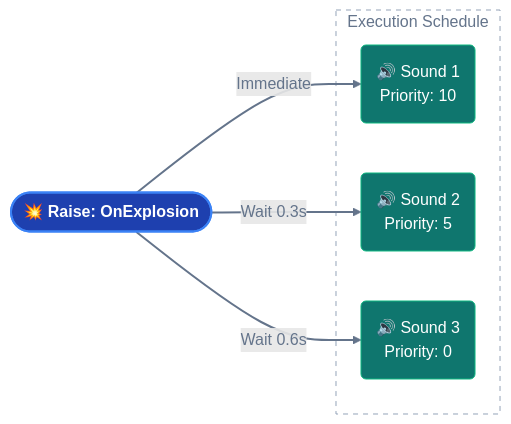
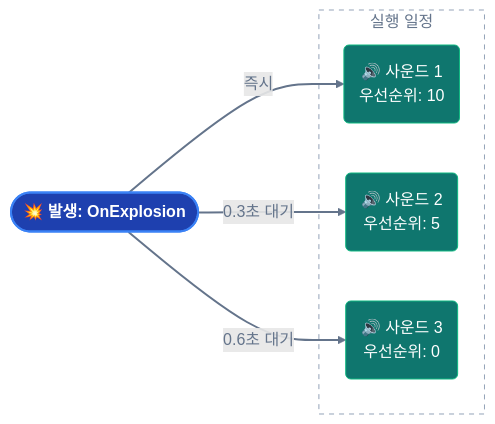
The fifth of 6 diagrams in i18n/ko/docusaurus-plugin-content-docs/current/game-event-system/flow-graph/game-event-node-behavior.md (tinygiants-tech/TinyGiants), drawn with Mermaid before and after one commit. The commit also changed other lines of this file and 81 other files, not shown here.

````diff
--- a/i18n/ko/docusaurus-plugin-content-docs/current/game-event-system/flow-graph/game-event-node-behavior.md
+++ b/i18n/ko/docusaurus-plugin-content-docs/current/game-event-system/flow-graph/game-event-node-behavior.md
@@ -534,22 +525,22 @@
 ```mermaid
 graph LR
 
-	ROOT(["💥 Raise: OnExplosion"]):::trigger
+	ROOT(["💥 발생: OnExplosion"]):::trigger
 
-    ROOT -->|Immediate| S1("🔊 Sound 1 <br/> Priority: 10"):::action
-    ROOT -->|Wait 0.3s| S2("🔊 Sound 2 <br/> Priority: 5"):::action
-    ROOT -->|Wait 0.6s| S3("🔊 Sound 3 <br/> Priority: 0"):::action
+    ROOT -->|즉시| S1("🔊 사운드 1 <br/> 우선순위: 10"):::action
+    ROOT -->|0.3초 대기| S2("🔊 사운드 2 <br/> 우선순위: 5"):::action
+    ROOT -->|0.6초 대기| S3("🔊 사운드 3 <br/> 우선순위: 0"):::action
 
-    subgraph Timeline ["Execution Schedule"]
+    subgraph Timeline ["실행 일정"]
     S1
     S2
     S3
     end
 
     classDef trigger fill:#1e40af,stroke:#3b82f6,stroke-width:2px,color:#ffffff,font-weight:bold
     classDef action fill:#0f766e,stroke:#10b981,stroke-width:1px,color:#ffffff
 
     style Timeline fill:none,stroke:#94a3b8,stroke-dasharray: 5 5,color:#64748b
     
     linkStyle default stroke:#64748b,stroke-width:2px,color:#64748b
 ```
````
